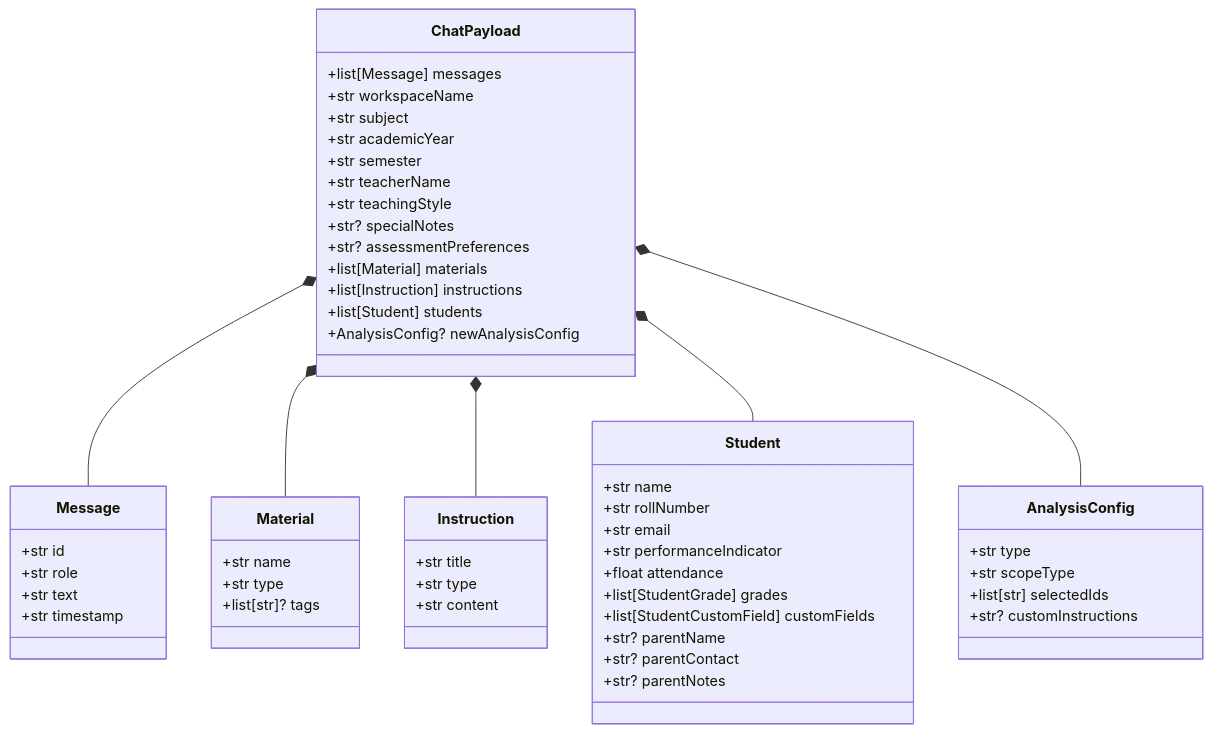
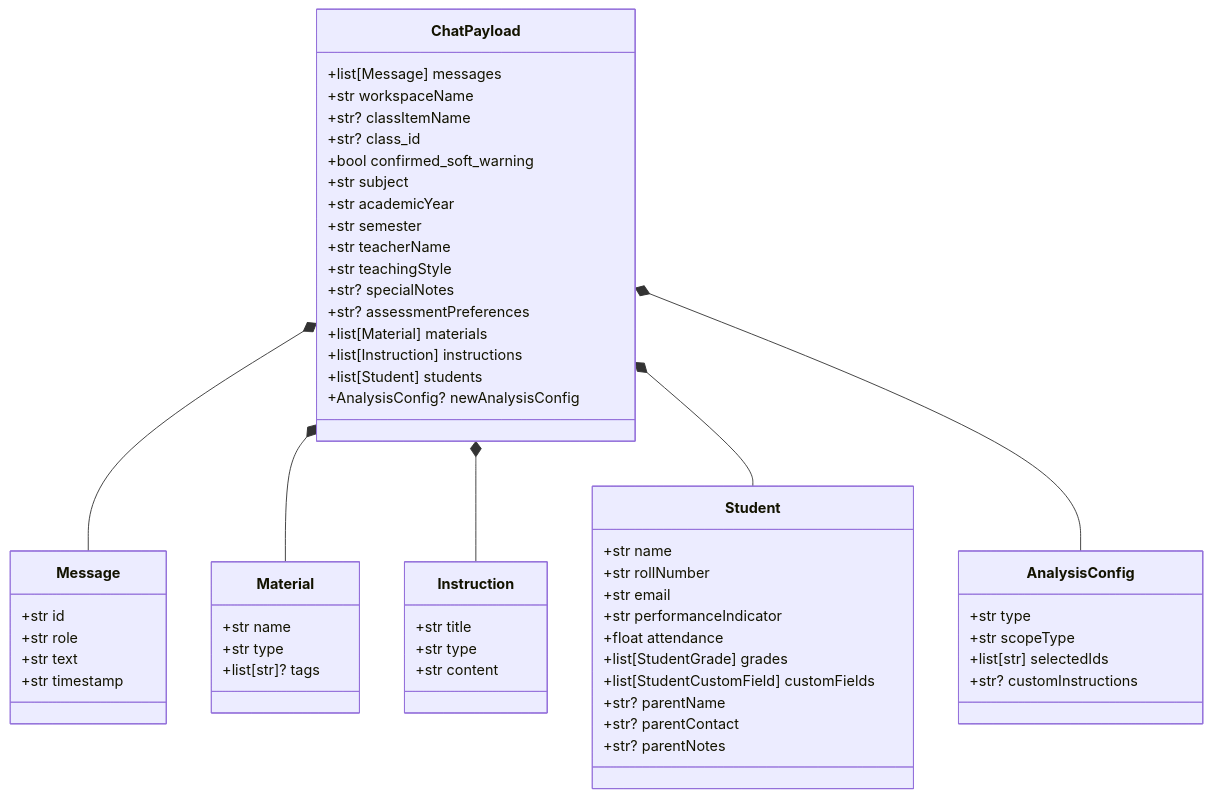
The first of 2 diagrams in backend/src/types/code.md (VictorBravo9er/Teacher-Assistant-Workspace), drawn with Mermaid before and after one commit. The commit also changed other lines of this file and 43 other files, not shown here.

````diff
--- a/backend/src/types/code.md
+++ b/backend/src/types/code.md
@@ -19,63 +19,66 @@
 ```mermaid
 classDiagram
     class ChatPayload {
         +list[Message] messages
         +str workspaceName
+        +str? classItemName
+        +str? class_id
+        +bool confirmed_soft_warning
         +str subject
         +str academicYear
         +str semester
         +str teacherName
         +str teachingStyle
         +str? specialNotes
         +str? assessmentPreferences
         +list[Material] materials
         +list[Instruction] instructions
         +list[Student] students
         +AnalysisConfig? newAnalysisConfig
     }
 
     class Message {
         +str id
         +str role
         +str text
         +str timestamp
     }
 
     class Material {
         +str name
         +str type
         +list[str]? tags
     }
 
     class Instruction {
         +str title
         +str type
         +str content
     }
 
     class Student {
         +str name
         +str rollNumber
         +str email
         +str performanceIndicator
         +float attendance
         +list[StudentGrade] grades
         +list[StudentCustomField] customFields
         +str? parentName
         +str? parentContact
         +str? parentNotes
     }
 
     class AnalysisConfig {
         +str type
         +str scopeType
         +list[str] selectedIds
         +str? customInstructions
     }
 
     ChatPayload *-- Message
     ChatPayload *-- Material
     ChatPayload *-- Instruction
     ChatPayload *-- Student
     ChatPayload *-- AnalysisConfig
 ```
````
